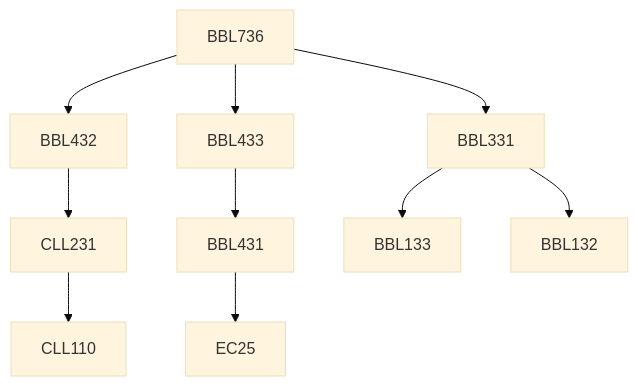
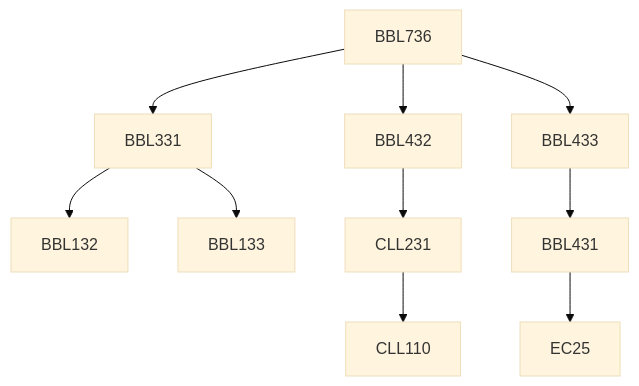
The diagram in content/Biochemical Engineering and Biotechnology/BBL736.md (KeshavBansal0122/CoS_Website), drawn with Mermaid (base theme) before and after one commit. The commit also changed other lines of this file and 2662 other files, not shown here.

````diff
--- a/content/Biochemical Engineering and Biotechnology/BBL736.md
+++ b/content/Biochemical Engineering and Biotechnology/BBL736.md
@@ -13,16 +13,16 @@
 ```mermaid
 flowchart TD
 BBL736-89[BBL736]
-BBL736-89 --> BBL432-89[BBL432]
-CLL231-89 --> CLL110-89[CLL110]
+BBL331-89 --> BBL132-89[BBL132]
+BBL331-89 --> BBL133-89[BBL133]
+BBL432-89 --> CLL231-89[CLL231]
+BBL433-89 --> BBL431-89[BBL431]
 BBL431-89 --> EC25-89[EC25]
 BBL736-89 --> BBL331-89[BBL331]
-BBL433-89 --> BBL431-89[BBL431]
+CLL231-89 --> CLL110-89[CLL110]
+BBL736-89 --> BBL432-89[BBL432]
 BBL736-89 --> BBL433-89[BBL433]
-BBL432-89 --> CLL231-89[CLL231]
-BBL331-89 --> BBL133-89[BBL133]
-BBL331-89 --> BBL132-89[BBL132]
 
 classDef empty height:17px, fill:transparent, stroke:transparent;
 classDef trueEmpty height:0px, width:0px;
 ```
````
